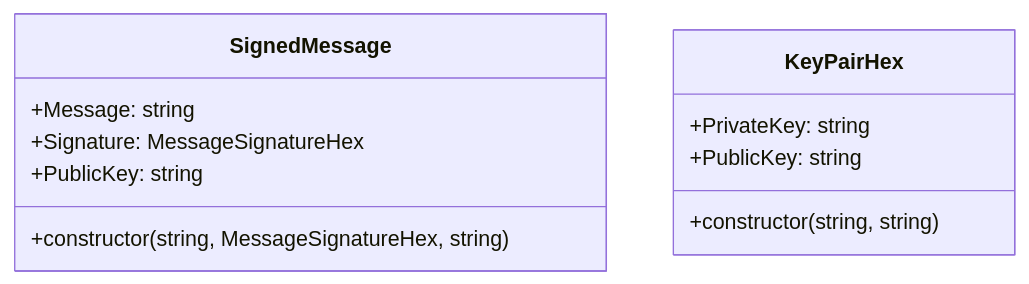
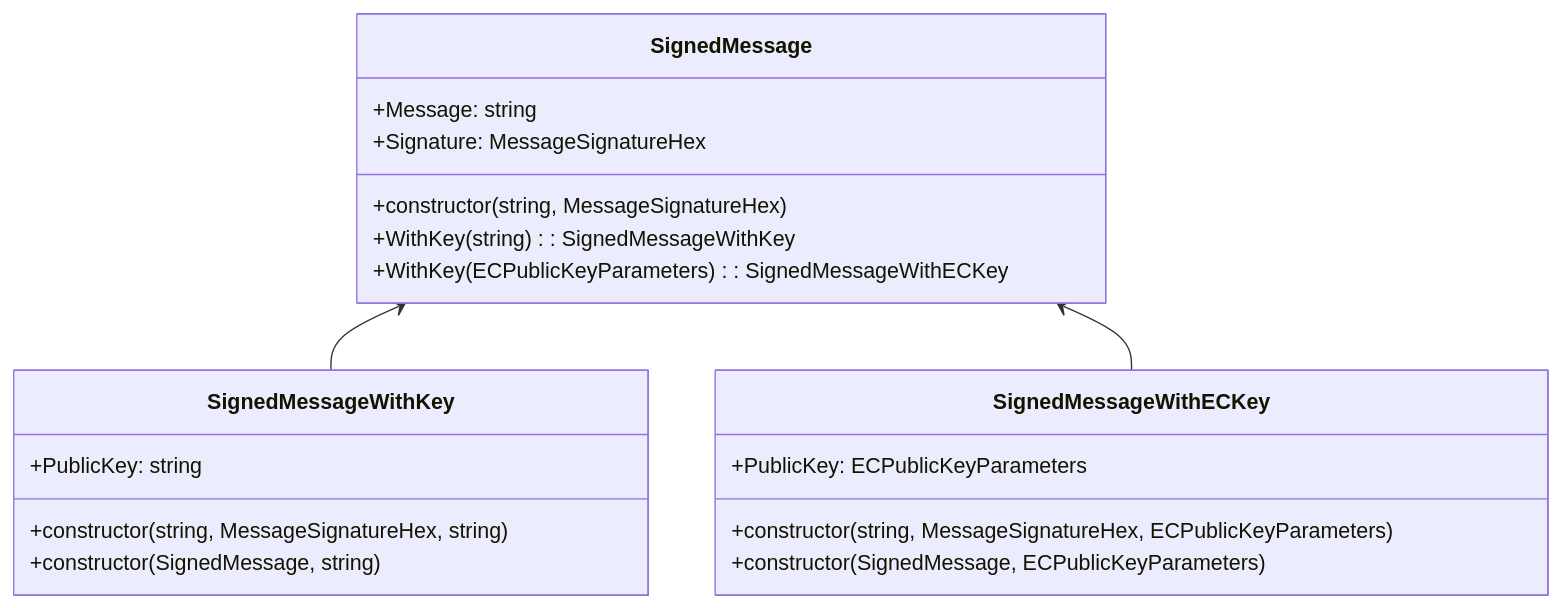
One commit to planet-nine-app/sessionless changed the fourth of 6 diagrams in src/csharp/README.md. Above: the diagram before and after it, drawn with Mermaid. The commit also changed other lines of this file, not shown here.

Commit message:
update: class diagrams

````diff
--- a/src/csharp/README.md
+++ b/src/csharp/README.md
@@ -71,15 +71,23 @@
 ```mermaid
 classDiagram
   class SignedMessage {
     +Message: string
     +Signature: MessageSignatureHex
+    +constructor(string, MessageSignatureHex)
+    +WithKey(string): SignedMessageWithKey
+    +WithKey(ECPublicKeyParameters): SignedMessageWithECKey
+  }
+  class SignedMessageWithKey {
     +PublicKey: string
     +constructor(string, MessageSignatureHex, string)
+    +constructor(SignedMessage, string)
   }
-
-  class KeyPairHex {
-    +PrivateKey: string
-    +PublicKey: string
-    +constructor(string, string)
+  class SignedMessageWithECKey {
+    +PublicKey: ECPublicKeyParameters
+    +constructor(string, MessageSignatureHex, ECPublicKeyParameters)
+    +constructor(SignedMessage, ECPublicKeyParameters)
   }
+  
+  SignedMessage <-- SignedMessageWithKey
+  SignedMessage <-- SignedMessageWithECKey
 ```
````
